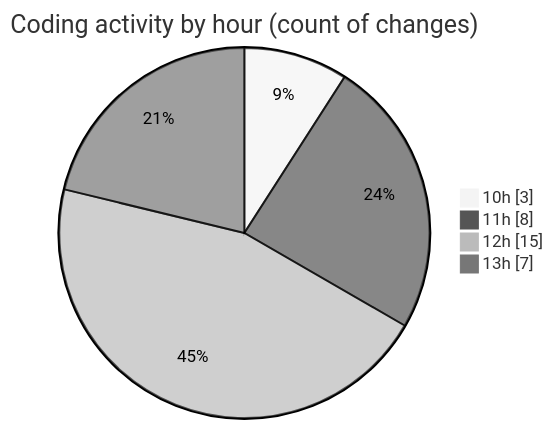
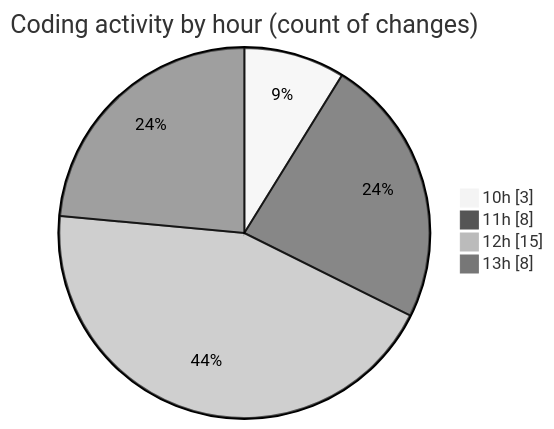
The second of 2 diagrams in 2025-10-15/nxtqube_webapp/README.md (nxtqubesakshisongat/code-tracking), drawn with Mermaid (neutral theme) before and after one commit. The commit also changed other lines of this file and 1 other file, not shown here.

````diff
--- a/2025-10-15/nxtqube_webapp/README.md
+++ b/2025-10-15/nxtqube_webapp/README.md
@@ -28,8 +28,8 @@
 ```mermaid
 pie showData
 title Coding activity by hour (count of changes)
 "10h" : 3
 "11h" : 8
 "12h" : 15
-"13h" : 7
+"13h" : 8
 ```
````
